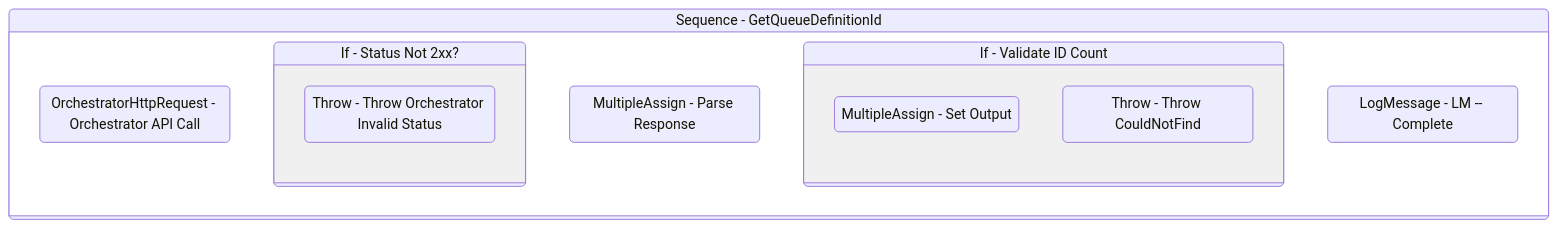
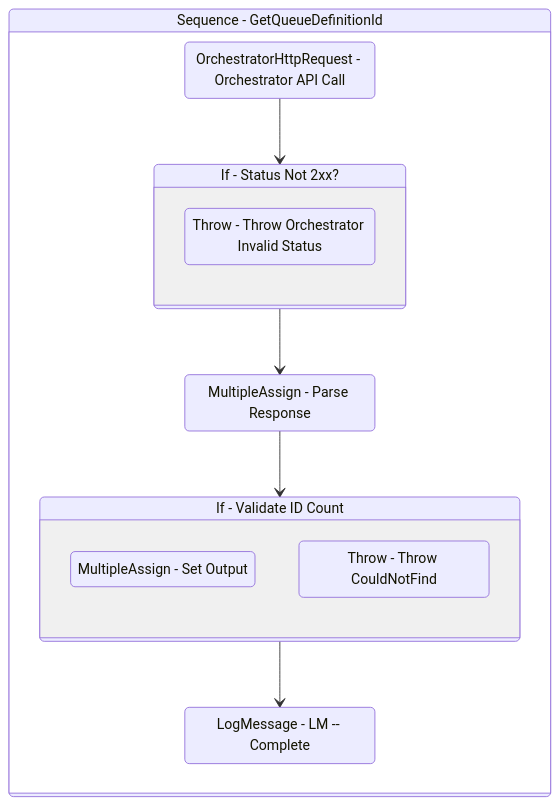
One commit to yashbrahmbhatt/LazyFramework changed the diagram in Documentation/.templates/Reporters/Basic/Orchestrator/GetQueueDefinitionId.md. Above: the diagram before and after it, drawn with Mermaid. The commit also changed 78 other files, not shown here.

Commit message:
added handling of ifs in autodocs mermaid

````diff
--- a/Documentation/.templates/Reporters/Basic/Orchestrator/GetQueueDefinitionId.md
+++ b/Documentation/.templates/Reporters/Basic/Orchestrator/GetQueueDefinitionId.md
@@ -142,25 +142,27 @@
 ```mermaid
 stateDiagram-v2
 
 
 Sequence_1: Sequence - GetQueueDefinitionId
 state Sequence_1 {
 direction TB
 OrchestratorHttpRequest_1 : OrchestratorHttpRequest - Orchestrator API Call
-
+OrchestratorHttpRequest_1 --> If_1
 If_1: If - Status Not 2xx?
 state If_1 {
 direction TB
 Throw_1 : Throw - Throw Orchestrator Invalid Status
 }
 MultipleAssign_1 : MultipleAssign - Parse Response
-
+If_1 --> MultipleAssign_1
+MultipleAssign_1 --> If_2
 If_2: If - Validate ID Count
 state If_2 {
 direction TB
 MultipleAssign_2 : MultipleAssign - Set Output
 Throw_2 : Throw - Throw CouldNotFind
 }
 LogMessage_1 : LogMessage - LM -- Complete
+If_2 --> LogMessage_1
 }
 ```
````
